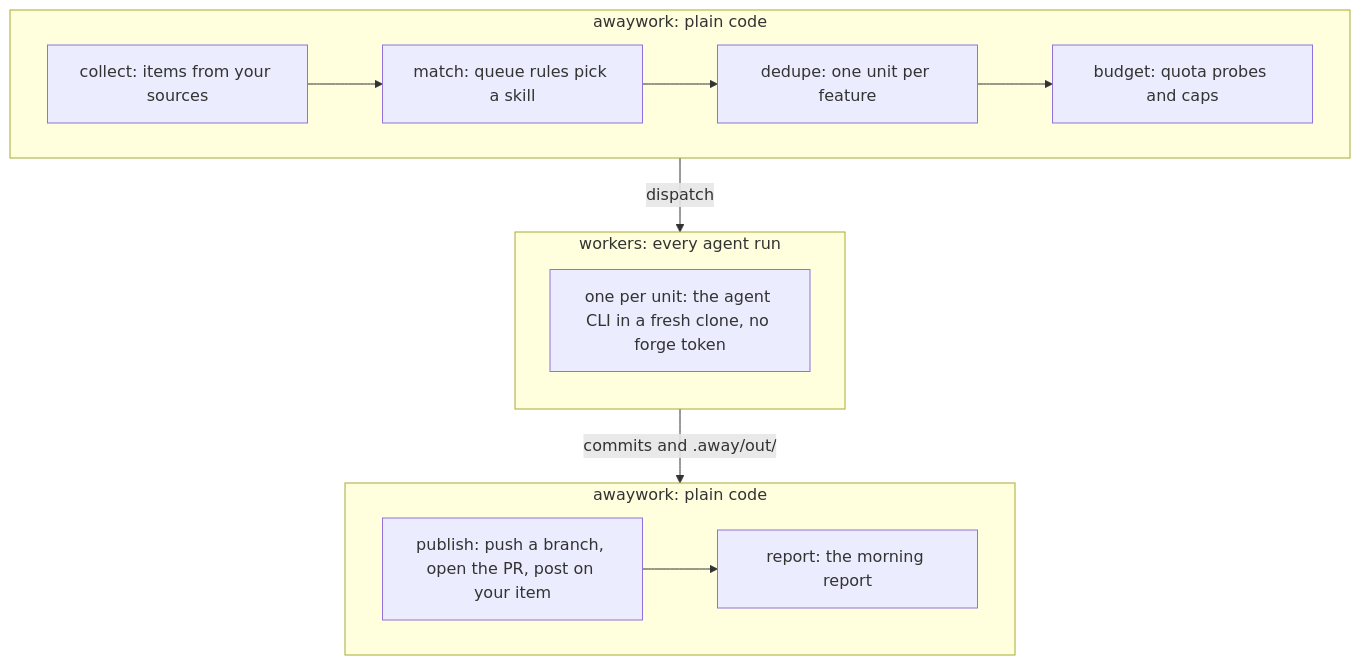
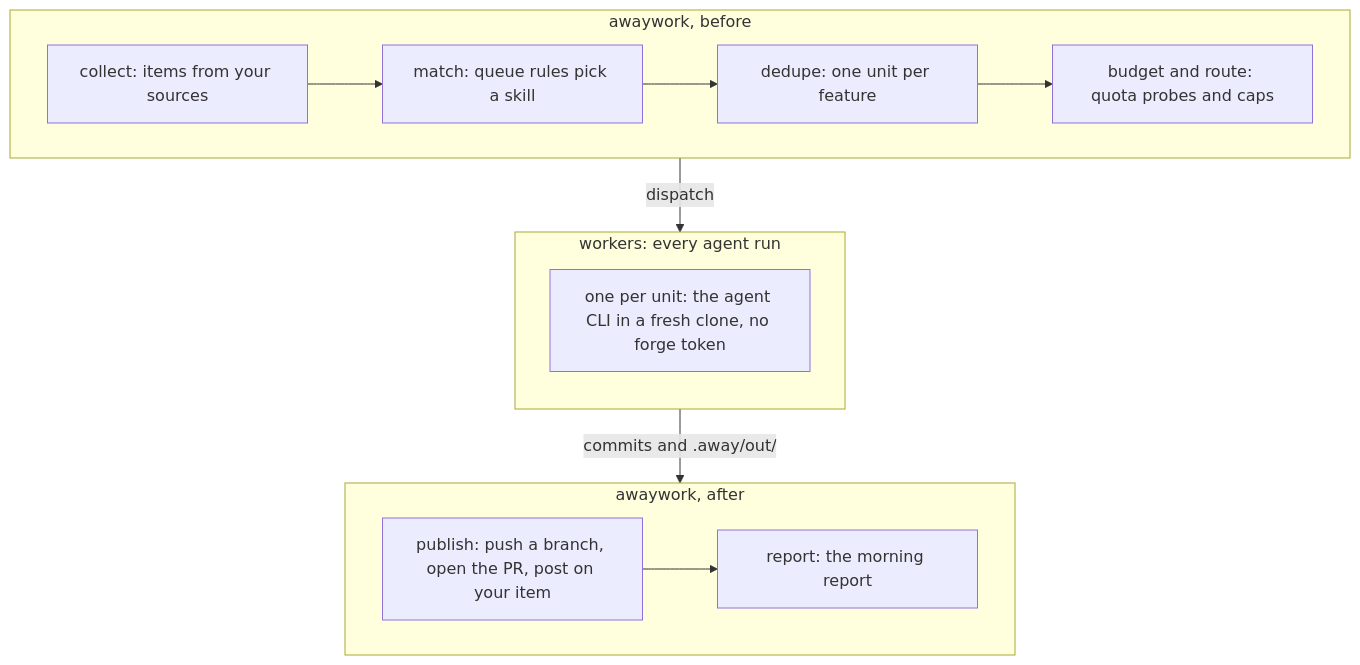
Before and after one commit to AndreaProvenzale/awaywork: the diagram in docs/guide/how-it-works.md, drawn with Mermaid. The commit also changed other lines of this file and 65 other files, not shown here.

````diff
--- a/docs/guide/how-it-works.md
+++ b/docs/guide/how-it-works.md
@@ -9,23 +9,23 @@
 ```mermaid
 flowchart TD
-  subgraph before["awaywork: plain code"]
+  subgraph before["awaywork, before"]
     direction LR
     collect["collect: items from your sources"]
     match["match: queue rules pick a skill"]
     dedupe["dedupe: one unit per feature"]
-    budget["budget: quota probes and caps"]
+    budget["budget and route: quota probes and caps"]
   end
   subgraph workers["workers: every agent run"]
     direction TB
     worker["one per unit: the agent CLI in a fresh clone, no forge token"]
   end
-  subgraph after["awaywork: plain code"]
+  subgraph after["awaywork, after"]
     direction LR
     publish["publish: push a branch, open the PR, post on your item"]
     report["report: the morning report"]
   end
   collect --> match --> dedupe --> budget
   before -- dispatch --> workers
   workers -- "commits and .away/out/" --> after
   publish --> report
 ```
````
